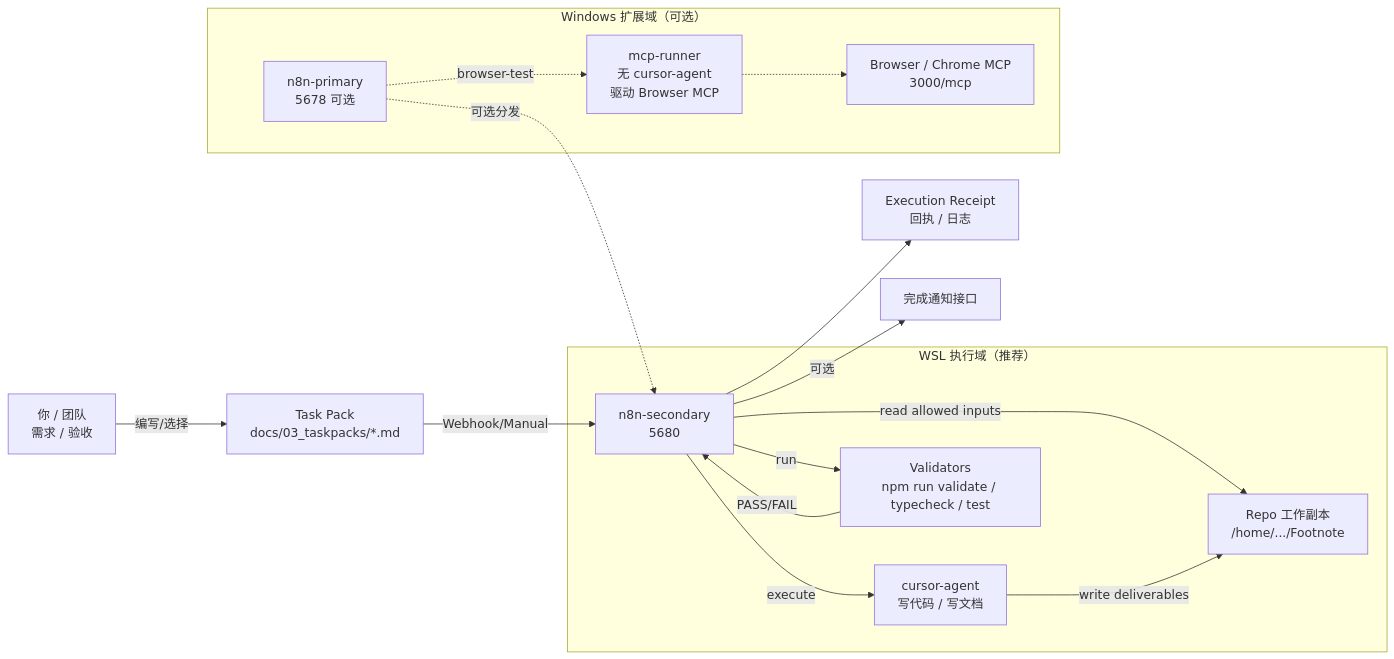
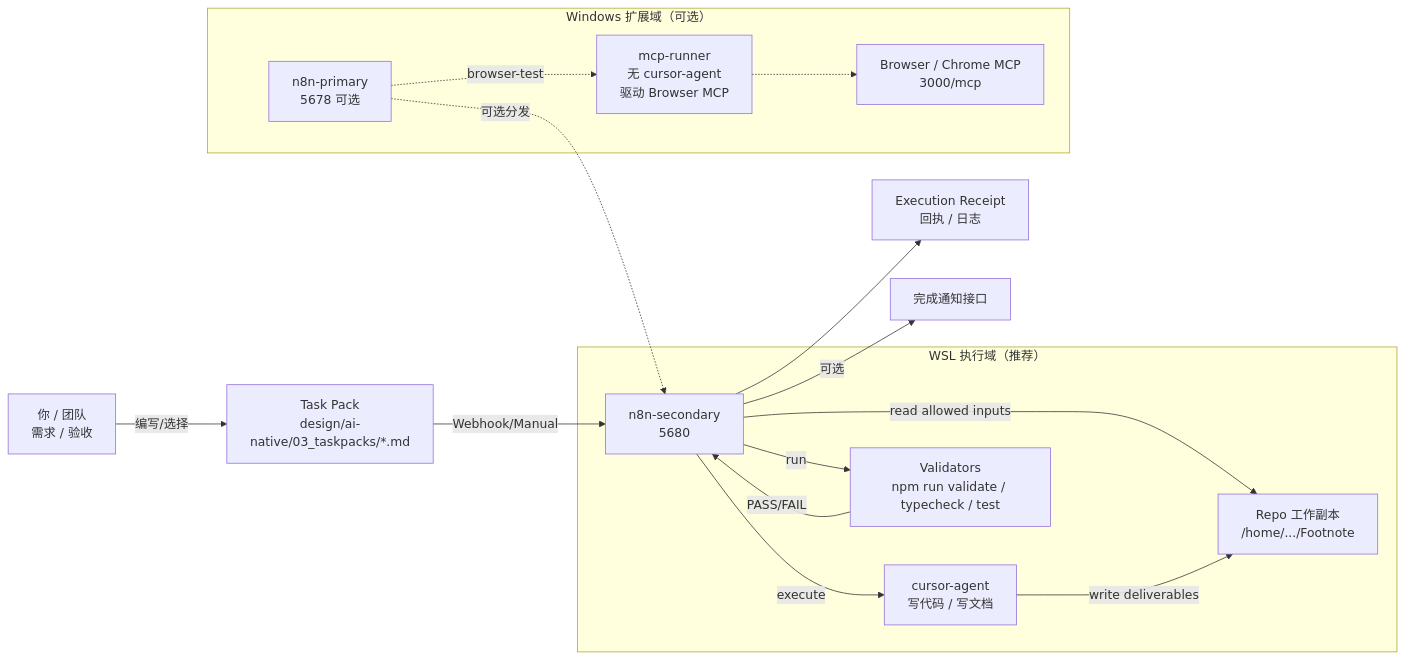
The first of 4 diagrams in workflows/project/pipelines/pipelines/n8n_cursor_cli_overview.md (angelash/Footnote), drawn with Mermaid before and after one commit. The commit also changed other lines of this file and 55 other files, not shown here.

````diff
--- a/workflows/project/pipelines/pipelines/n8n_cursor_cli_overview.md
+++ b/workflows/project/pipelines/pipelines/n8n_cursor_cli_overview.md
@@ -69,31 +69,31 @@
 ```mermaid
 flowchart LR
-  U[你 / 团队<br/>需求 / 验收] -->|编写/选择| TP[Task Pack<br/>docs/03_taskpacks/*.md]
+  U[你 / 团队<br/>需求 / 验收] -->|编写/选择| TP[Task Pack<br/>design/ai-native/03_taskpacks/*.md]
 
   subgraph WSL[WSL 执行域（推荐）]
     N8N[n8n-secondary<br/>5680]
     REPO[Repo 工作副本<br/>/home/.../Footnote]
     CA[cursor-agent<br/>写代码 / 写文档]
     V[Validators<br/>npm run validate / typecheck / test]
   end
 
   TP -->|Webhook/Manual| N8N
   N8N -->|read allowed inputs| REPO
   N8N -->|execute| CA
   CA -->|write deliverables| REPO
   N8N -->|run| V
   V -->|PASS/FAIL| N8N
 
   N8N --> R[Execution Receipt<br/>回执 / 日志]
   N8N -->|可选| NOTI[完成通知接口]
 
   subgraph Windows[Windows 扩展域（可选）]
     N8NP[n8n-primary<br/>5678 可选]
     MR[mcp-runner<br/>无 cursor-agent<br/>驱动 Browser MCP]
     MCP[Browser / Chrome MCP<br/>3000/mcp]
   end
 
   N8NP -.->|可选分发| N8N
   N8NP -.->|browser-test| MR
   MR -.-> MCP
 ```
````
